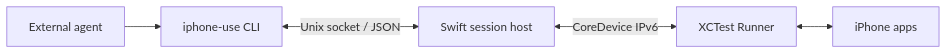
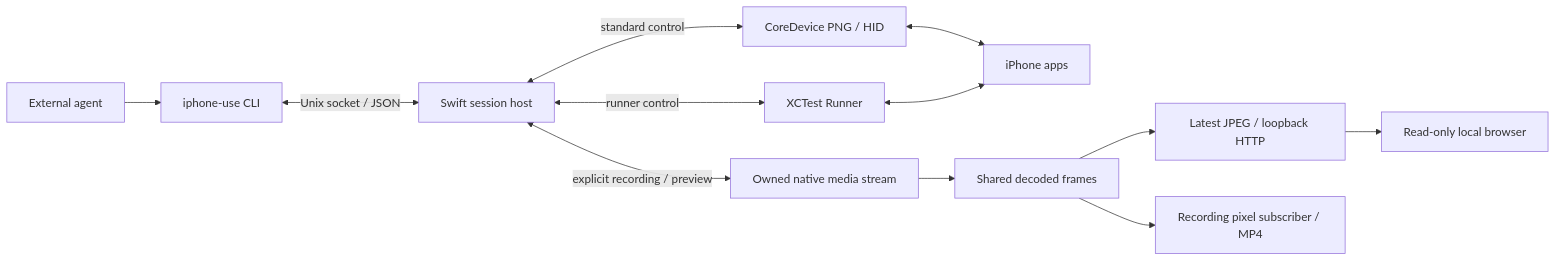
The diagram in docs/architecture.md (HughLee824/iphone-use), drawn with Mermaid before and after one commit. The commit also changed other lines of this file and 69 other files, not shown here.

First line of the commit message:
feat: add shared local iPhone preview for standard and runner (#12)

````diff
--- a/docs/architecture.md
+++ b/docs/architecture.md
@@ -9,7 +9,14 @@
 ```mermaid
 flowchart LR
     Agent[External agent] --> CLI[iphone-use CLI]
     CLI <-->|Unix socket / JSON| Host[Swift session host]
-    Host <-->|CoreDevice IPv6| Runner[XCTest Runner]
-    Runner <--> Apps[iPhone apps]
+    Host <-->|standard control| Native[CoreDevice PNG / HID]
+    Host <-->|runner control| Runner[XCTest Runner]
+    Native <--> Apps[iPhone apps]
+    Runner <--> Apps
+    Host <-->|explicit recording / preview| Media[Owned native media stream]
+    Media --> Decode[Shared decoded frames]
+    Decode --> Preview[Latest JPEG / loopback HTTP]
+    Preview --> Browser[Read-only local browser]
+    Decode --> Recording[Recording pixel subscriber / MP4]
 ```
````
